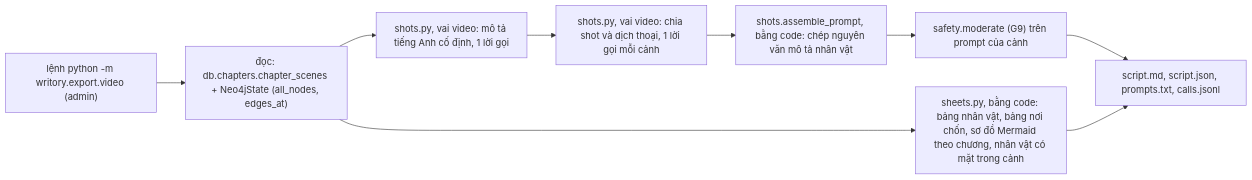
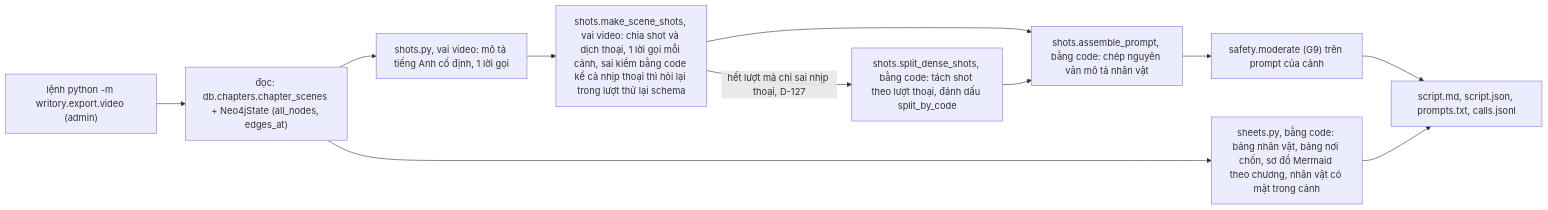
The fourth of 12 diagrams in docs/architecture.md (orms147/writory), drawn with Mermaid before and after one commit. The commit also changed other lines of this file and 5 other files, not shown here.

````diff
--- a/docs/architecture.md
+++ b/docs/architecture.md
@@ -103,11 +108,13 @@
 ```mermaid
 flowchart LR
   cmd["lệnh python -m writory.export.video (admin)"] --> src["đọc: db.chapters.chapter_scenes + Neo4jState (all_nodes, edges_at)"]
   src --> code["sheets.py, bằng code: bảng nhân vật, bảng nơi chốn, sơ đồ Mermaid theo chương, nhân vật có mặt trong cảnh"]
   src --> sheet["shots.py, vai video: mô tả tiếng Anh cố định, 1 lời gọi"]
-  sheet --> scene["shots.py, vai video: chia shot và dịch thoại, 1 lời gọi mỗi cảnh"]
+  sheet --> scene["shots.make_scene_shots, vai video: chia shot và dịch thoại, 1 lời gọi mỗi cảnh, sai kiểm bằng code kể cả nhịp thoại thì hỏi lại trong lượt thử lại schema"]
+  scene -->|hết lượt mà chỉ sai nhịp thoại, D-127| split["shots.split_dense_shots, bằng code: tách shot theo lượt thoại, đánh dấu split_by_code"]
   scene --> asm["shots.assemble_prompt, bằng code: chép nguyên văn mô tả nhân vật"]
+  split --> asm
   asm --> mod["safety.moderate (G9) trên prompt của cảnh"]
   mod --> files["script.md, script.json, prompts.txt, calls.jsonl"]
   code --> files
 ```
````
